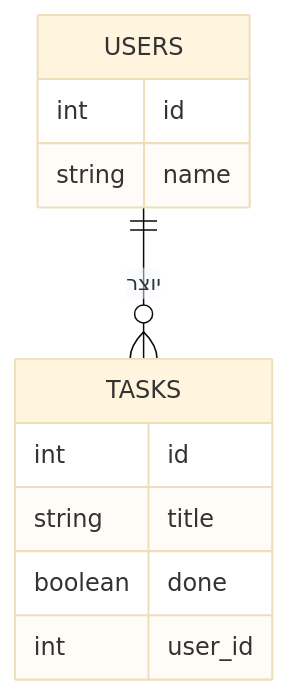
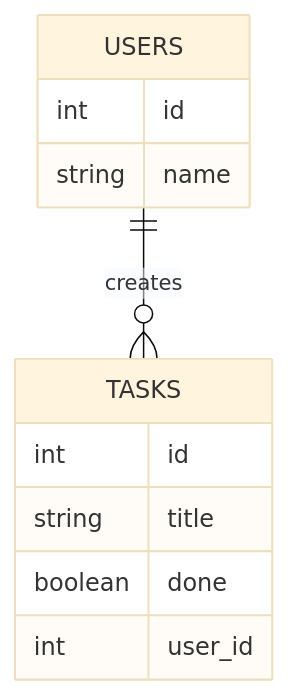
The diagram in content/docs/databases/45-sql-joins-content.md (neriyaMalachi/FullStack_kodkode_5), drawn with Mermaid (base theme) before and after one commit. The commit also changed other lines of this file and 117 other files, not shown here.

````diff
--- a/content/docs/databases/45-sql-joins-content.md
+++ b/content/docs/databases/45-sql-joins-content.md
@@ -44,14 +44,14 @@
 ```mermaid
 erDiagram
-    USERS ||--o{ TASKS : "יוצר"
+    USERS ||--o{ TASKS : "creates"
     USERS {
         int id
         string name
     }
     TASKS {
         int id
         string title
         boolean done
         int user_id
     }
 ```
````
